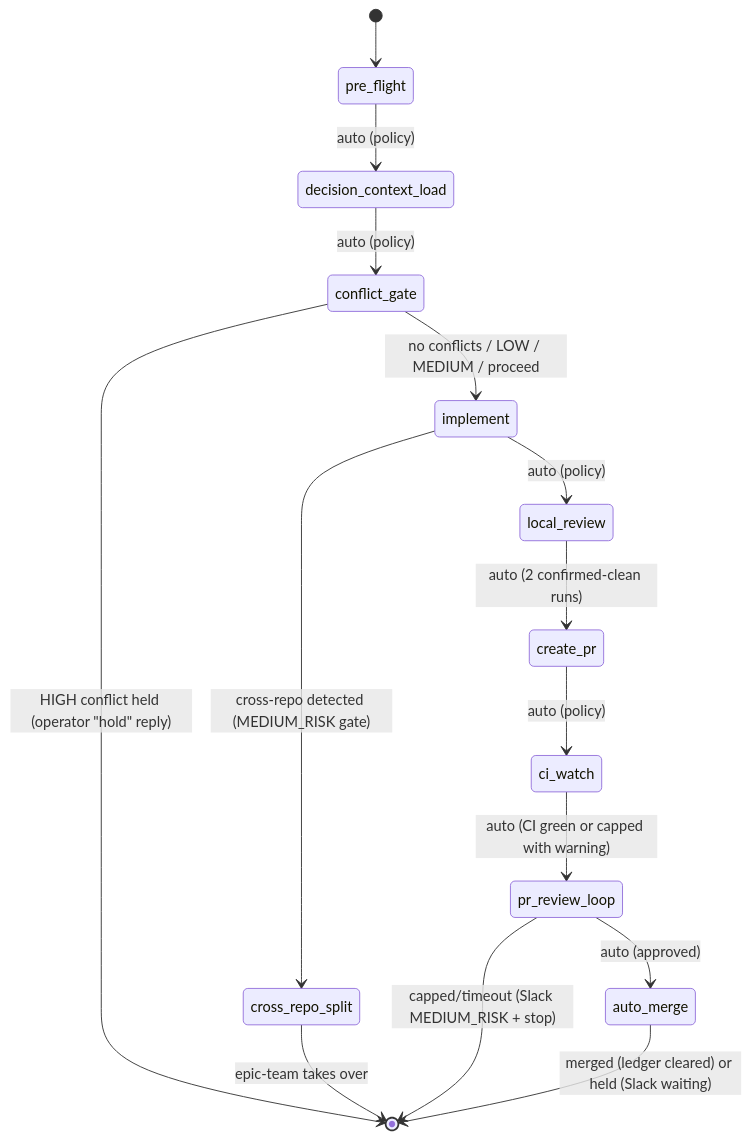
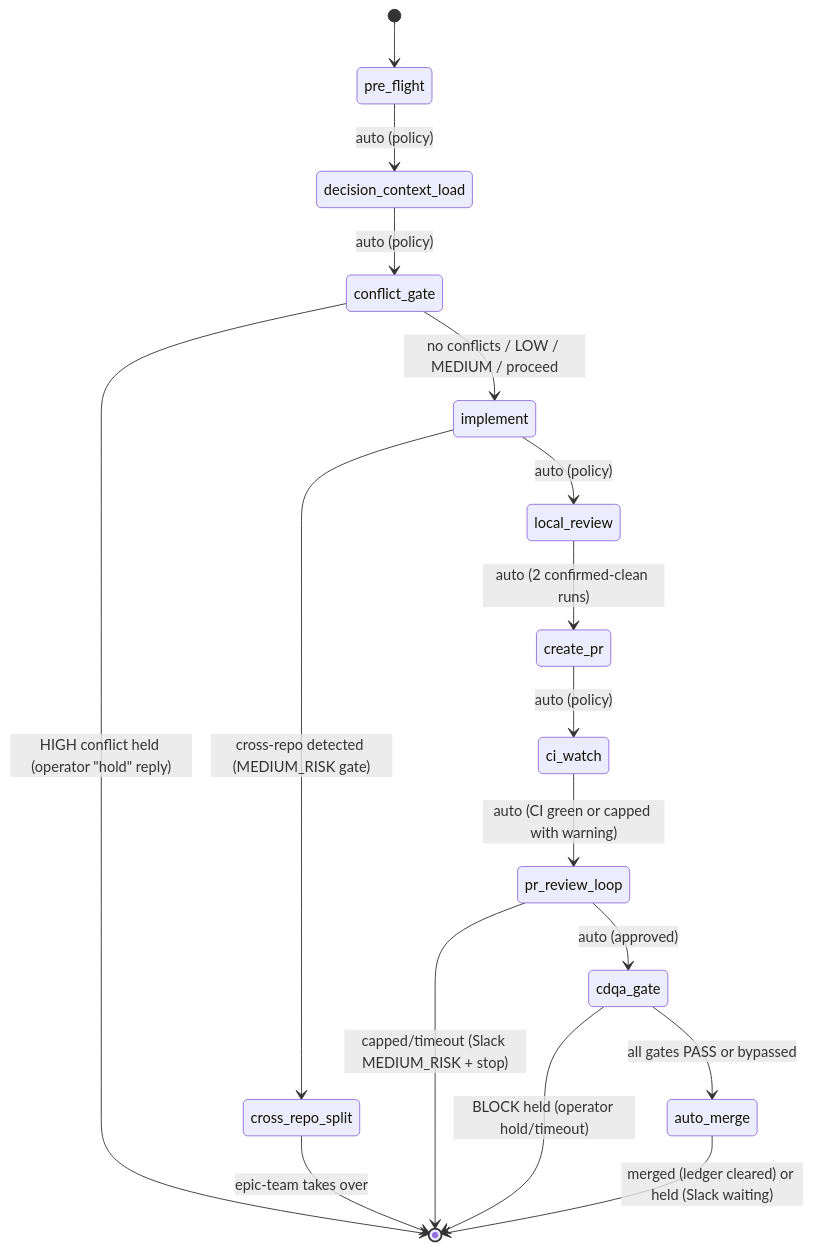
The diagram in plugins/onex/skills/ticket-pipeline/SKILL.md (OmniNode-ai/omniclaude), drawn with Mermaid before and after one commit. The commit also changed other lines of this file and 2 other files, not shown here.

First line of the commit message:
feat(skills): enforce CDQA gate as required pre-merge step [OMN-3189]

````diff
--- a/plugins/onex/skills/ticket-pipeline/SKILL.md
+++ b/plugins/onex/skills/ticket-pipeline/SKILL.md
@@ -185,17 +185,19 @@
 ```mermaid
 stateDiagram-v2
     [*] --> pre_flight
     pre_flight --> decision_context_load : auto (policy)
     decision_context_load --> conflict_gate : auto (policy)
     conflict_gate --> implement : no conflicts / LOW / MEDIUM / proceed
     conflict_gate --> [*] : HIGH conflict held (operator "hold" reply)
     implement --> local_review : auto (policy)
     implement --> cross_repo_split : cross-repo detected (MEDIUM_RISK gate)
     cross_repo_split --> [*] : epic-team takes over
     local_review --> create_pr : auto (2 confirmed-clean runs)
     create_pr --> ci_watch : auto (policy)
     ci_watch --> pr_review_loop : auto (CI green or capped with warning)
-    pr_review_loop --> auto_merge : auto (approved)
+    pr_review_loop --> cdqa_gate : auto (approved)
     pr_review_loop --> [*] : capped/timeout (Slack MEDIUM_RISK + stop)
+    cdqa_gate --> auto_merge : all gates PASS or bypassed
+    cdqa_gate --> [*] : BLOCK held (operator hold/timeout)
     auto_merge --> [*] : merged (ledger cleared) or held (Slack waiting)
 ```
````
